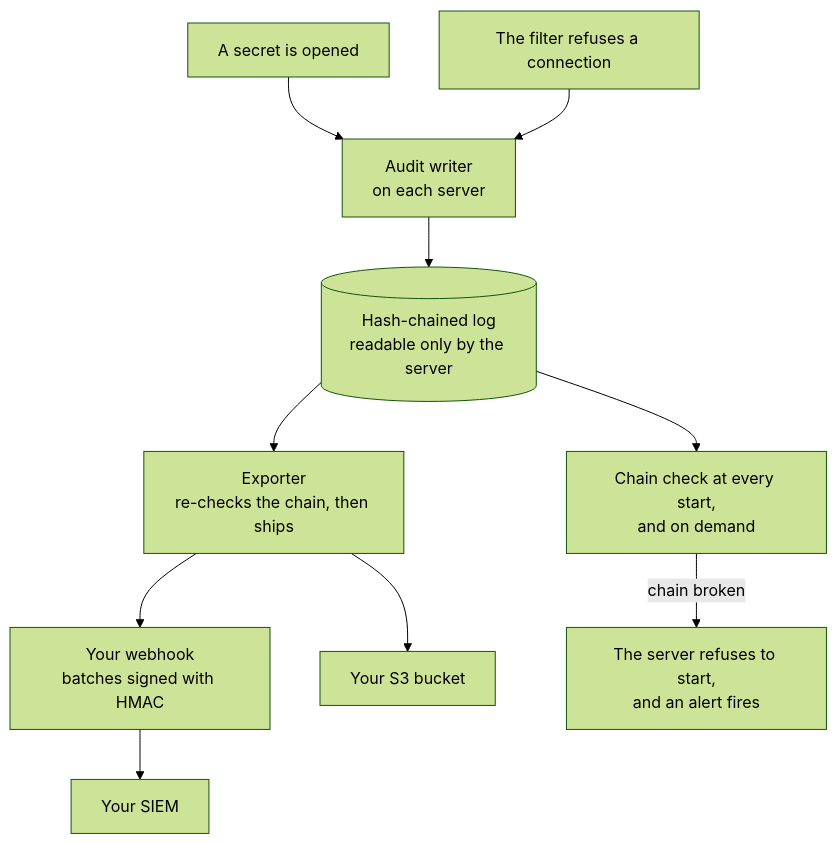
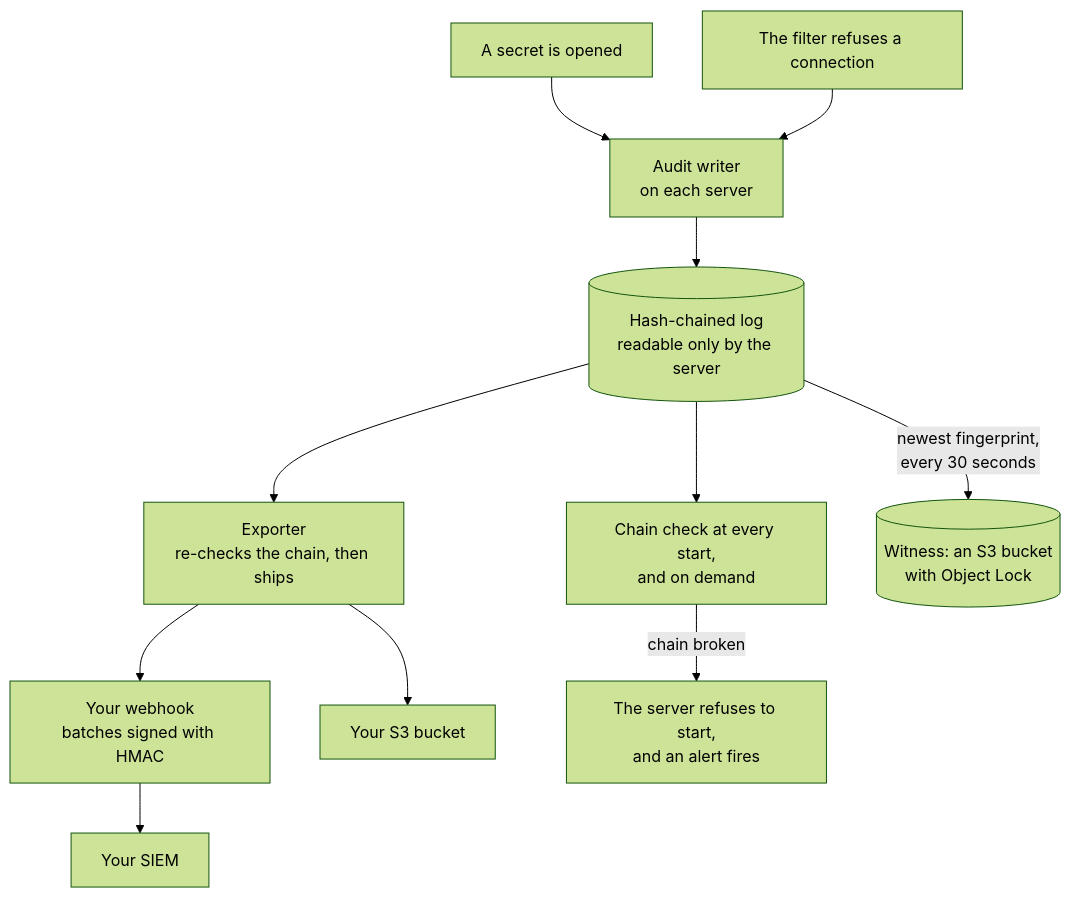
The first of 3 diagrams in docs/src/content/docs/enterprise/audit-evidence.mdx (aerol-ai/microvm), drawn with Mermaid (forest theme) before and after one commit. The commit also changed other lines of this file and 8 other files, not shown here.

````diff
--- a/docs/src/content/docs/enterprise/audit-evidence.mdx
+++ b/docs/src/content/docs/enterprise/audit-evidence.mdx
@@ -16,12 +16,13 @@
 ```mermaid
 flowchart TB
     S1["A secret is opened"] --> W["Audit writer<br/>on each server"]
     S2["The filter refuses a connection"] --> W
     W --> C[("Hash-chained log<br/>readable only by the server")]
     C --> V["Chain check at every start,<br/>and on demand"]
     C --> E["Exporter<br/>re-checks the chain, then ships"]
     E --> H["Your webhook<br/>batches signed with HMAC"]
     E --> B["Your S3 bucket"]
     H --> SIEM["Your SIEM"]
+    C -- "newest fingerprint,<br/>every 30 seconds" --> WIT[("Witness: an S3 bucket<br/>with Object Lock")]
     V -- "chain broken" --> A["The server refuses to start,<br/>and an alert fires"]
 ```
````
